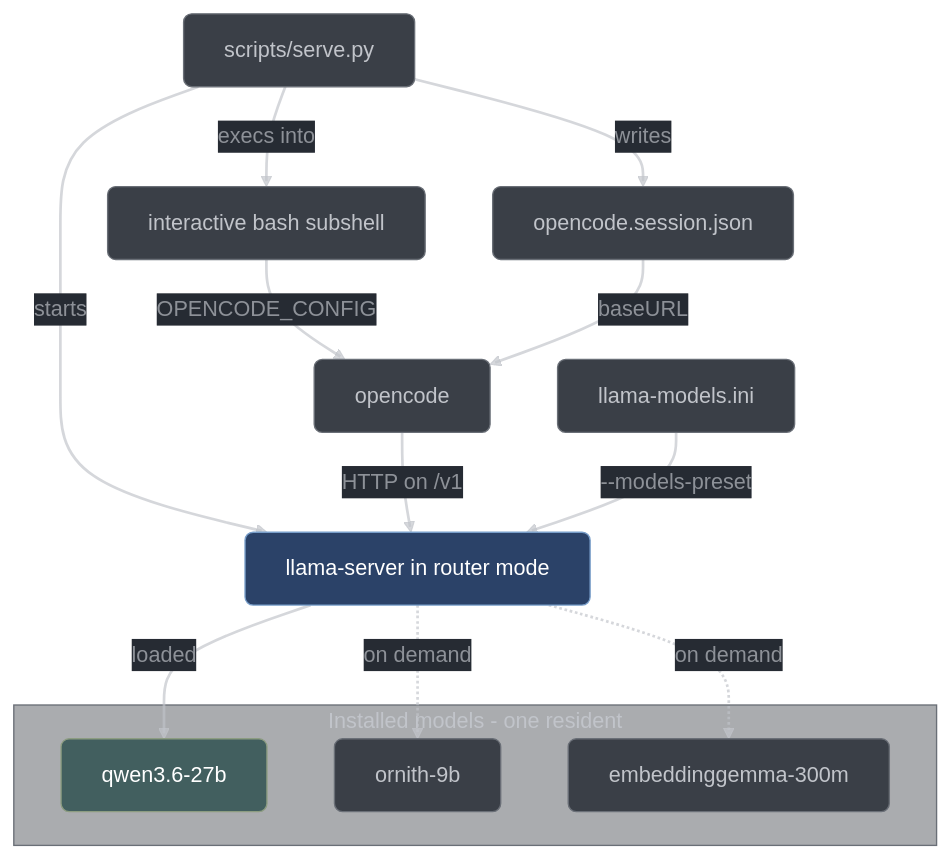
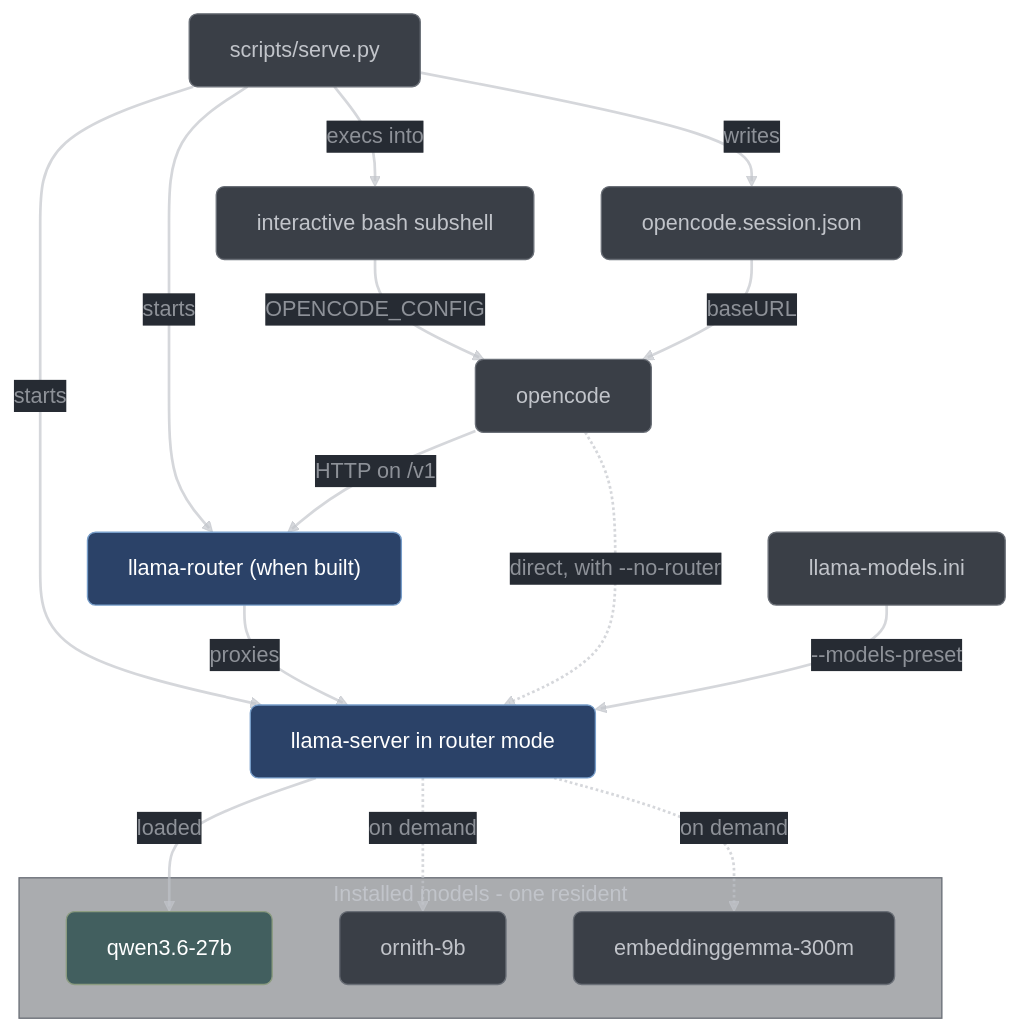
Before and after one commit to vorlac/llama-harness: the diagram in docs/user/serving.md, drawn with Mermaid. The commit also changed other lines of this file and 44 other files, not shown here.

Commit message:
global repo docs sync, corrections, added coverage/explanations, drift corrections, diagram layout improvements, etc

````diff
--- a/docs/user/serving.md
+++ b/docs/user/serving.md
@@ -58,63 +74,67 @@
 ```mermaid
 ---
 config:
     theme: 'base'
     curve: 'straight'
     themeVariables:
         darkMode: true
         clusterBkg: '#22272f62'
         clusterBorder: '#6a6f77ff'
         clusterTextColor: '#C1C4CAff'
         lineColor: '#C1C4CAAA'
         background: '#262B33'
         primaryColor: '#3a3f47ff'
         primaryTextColor: '#C1C4CAff'
         primaryBorderColor: '#6a6f77ff'
         primaryLabelBkg: '#262B33'
         secondaryColor: '#425f5fff'
         secondaryBorderColor: '#8c9c81ff'
         secondaryTextColor: '#C1C4CAff'
         tertiaryColor: '#4d4962ff'
         tertiaryBorderColor: '#8983a5ff'
         tertiaryTextColor: '#C1C4CAff'
         nodeTextColor: '#C1C4CA'
         defaultLinkColor: '#C1C4CA'
         edgeLabelBackground: '#262B33'
         labelTextColor: '#C1C4CA'
 ---
 flowchart TD
-%% Source: scripts/serve.py:195-252, 483-516
+%% Source: scripts/serve.py:271-330, 690-783
     S["scripts/serve.py"]
     CFG["opencode.session.json"]
     SH["interactive bash subshell"]
     OC["opencode"]
     INI["llama-models.ini"]
+    RTR["llama-router (when built)"]
     SRV["llama-server in router mode"]
 
     subgraph MODELS["Installed models - one resident"]
         M1["qwen3.6-27b"]
         M2["ornith-9b"]
         M3["embeddinggemma-300m"]
     end
 
     S -->|"writes"| CFG
     S -->|"starts"| SRV
+    S -->|"starts"| RTR
     S -->|"execs into"| SH
     SH -->|"OPENCODE_CONFIG"| OC
     CFG -->|"baseURL"| OC
-    OC -->|"HTTP on /v1"| SRV
+    OC -->|"HTTP on /v1"| RTR
+    RTR -->|"proxies"| SRV
+    OC -.->|"direct, with --no-router"| SRV
     INI -->|"--models-preset"| SRV
     SRV -->|"loaded"| M1
     SRV -.->|"on demand"| M2
     SRV -.->|"on demand"| M3
 
     linkStyle default stroke:#C1C4CAaa,stroke-width:2px,color:#C1C4CAaa
 
     classDef neutral fill:#3a3f47,stroke:#6a6f77,color:#C1C4CA,rx:6,ry:6
     classDef accent  fill:#2b4268,stroke:#779DC9,color:#ffffff,rx:6,ry:6
     classDef ok      fill:#425f5f,stroke:#8c9c81,color:#ffffff,rx:6,ry:6
 
     class S,CFG,SH,OC,INI,M2,M3 neutral
-    class SRV accent
+    class SRV,RTR accent
     class M1 ok
 ```
````
